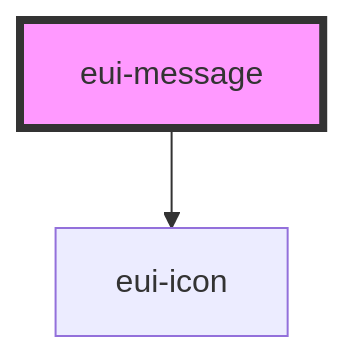
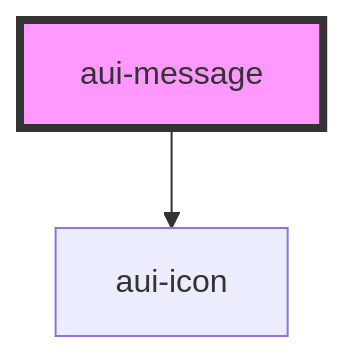
One commit to MQpeng/ant-web-ui changed the diagram in src/components/message/readme.md. Above: the diagram before and after it, drawn with Mermaid. The commit also changed other lines of this file and 9 other files, not shown here.

````diff
--- a/src/components/message/readme.md
+++ b/src/components/message/readme.md
@@ -29,5 +29,5 @@
 ```mermaid
 graph TD;
-  eui-message --> eui-icon
-  style eui-message fill:#f9f,stroke:#333,stroke-width:4px
+  aui-message --> aui-icon
+  style aui-message fill:#f9f,stroke:#333,stroke-width:4px
 ```
````
